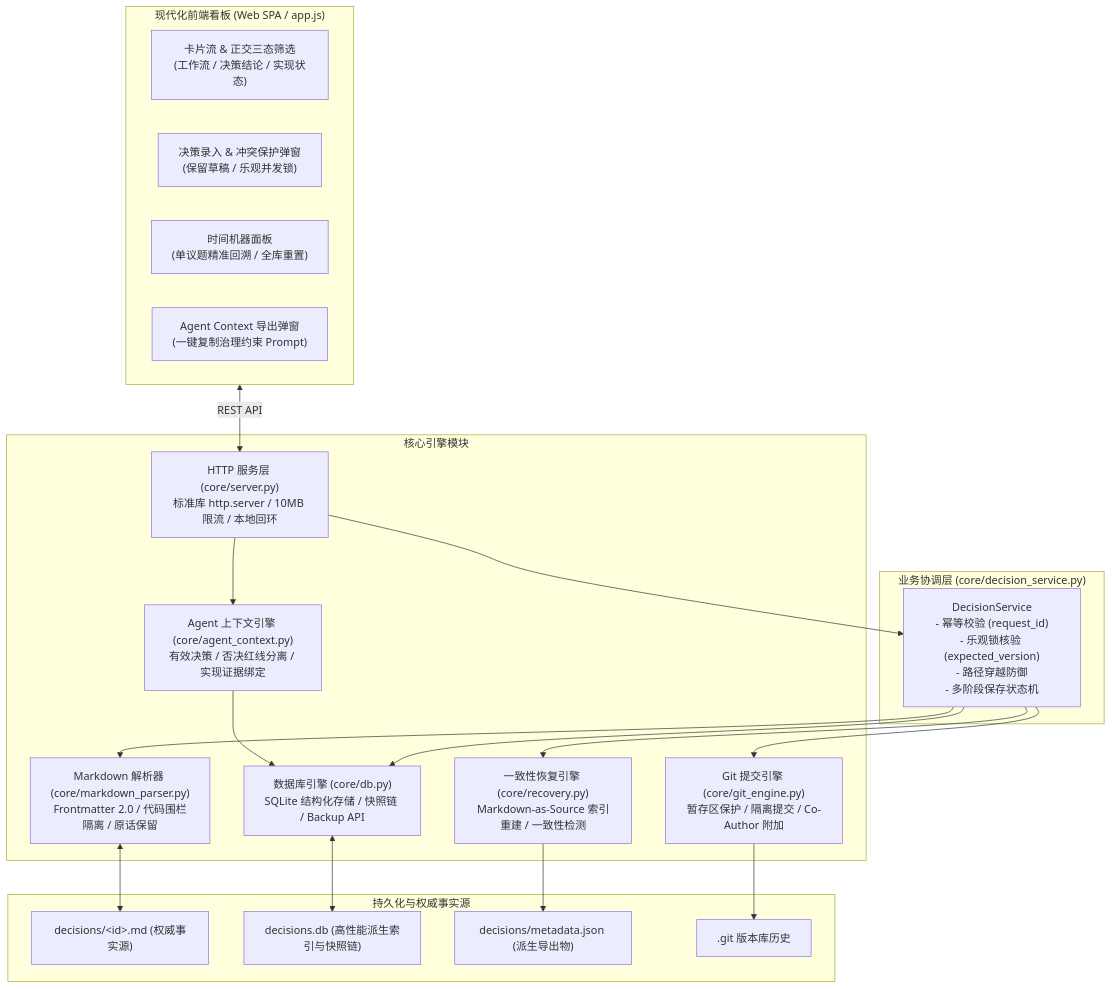
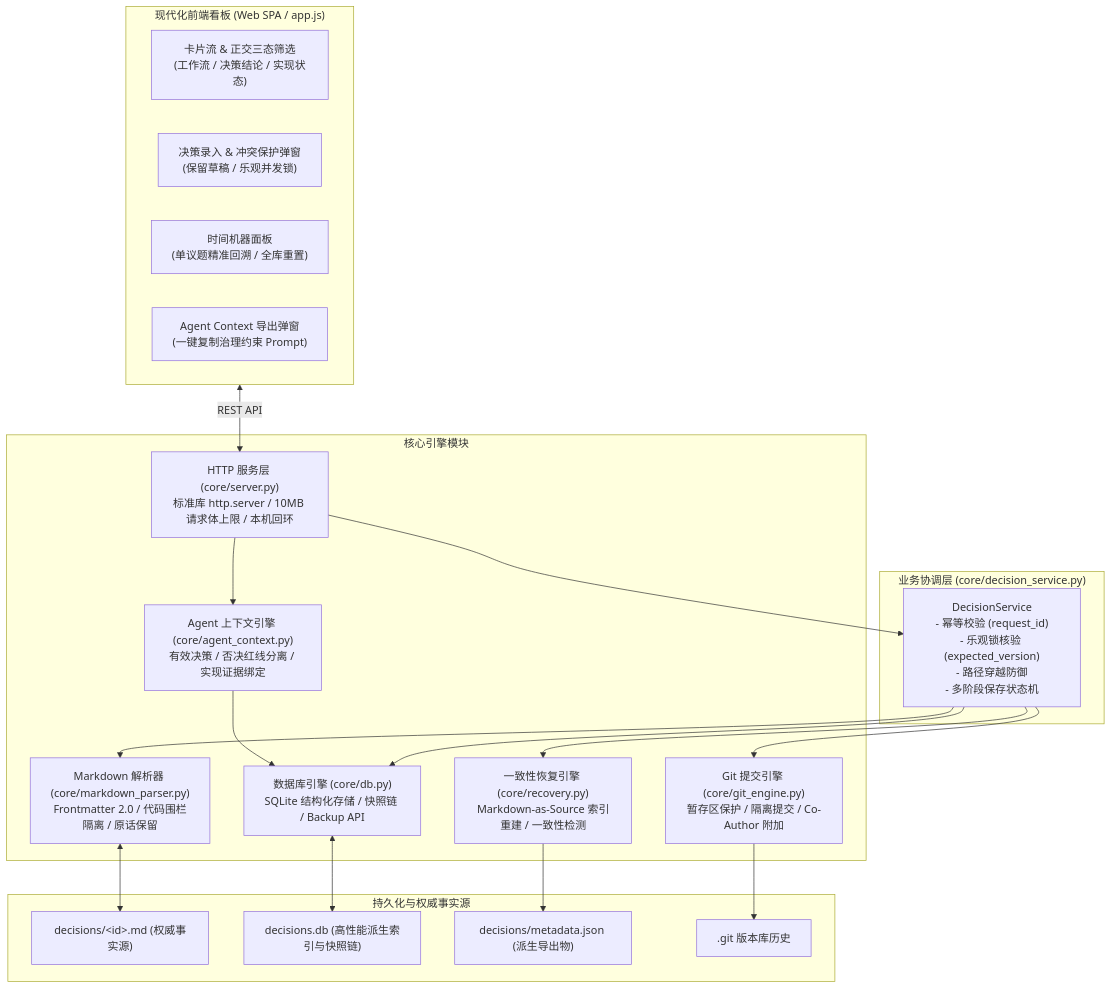
The diagram in README.md (CyberNova2333/agent-decisions-dashboard), drawn with Mermaid before and after one commit. The commit also changed other lines of this file and 25 other files, not shown here.

````diff
--- a/README.md
+++ b/README.md
@@ -21,43 +37,43 @@
 ```mermaid
 flowchart TD
     subgraph UI["现代化前端看板 (Web SPA / app.js)"]
         CARD["卡片流 &amp; 正交三态筛选<br/>(工作流 / 决策结论 / 实现状态)"]
         MODAL["决策录入 &amp; 冲突保护弹窗<br/>(保留草稿 / 乐观并发锁)"]
         DRAWER["时间机器面板<br/>(单议题精准回溯 / 全库重置)"]
         PROMPT["Agent Context 导出弹窗<br/>(一键复制治理约束 Prompt)"]
     end
 
     subgraph Service["业务协调层 (core/decision_service.py)"]
         SVC["DecisionService<br/>- 幂等校验 (request_id)<br/>- 乐观锁核验 (expected_version)<br/>- 路径穿越防御<br/>- 多阶段保存状态机"]
     end
 
     subgraph CoreModules["核心引擎模块"]
-        SERVER["HTTP 服务层 (core/server.py)<br/>标准库 http.server / 10MB 限流 / 本地回环"]
+        SERVER["HTTP 服务层 (core/server.py)<br/>标准库 http.server / 10MB 请求体上限 / 本机回环"]
         PARSER["Markdown 解析器 (core/markdown_parser.py)<br/>Frontmatter 2.0 / 代码围栏隔离 / 原话保留"]
         DB["数据库引擎 (core/db.py)<br/>SQLite 结构化存储 / 快照链 / Backup API"]
         GIT["Git 提交引擎 (core/git_engine.py)<br/>暂存区保护 / 隔离提交 / Co-Author 附加"]
         RECOVERY["一致性恢复引擎 (core/recovery.py)<br/>Markdown-as-Source 索引重建 / 一致性检测"]
         AGENT_CTX["Agent 上下文引擎 (core/agent_context.py)<br/>有效决策 / 否决红线分离 / 实现证据绑定"]
     end
 
     subgraph Storage["持久化与权威事实源"]
         MD_FILES["decisions/&lt;id&gt;.md (权威事实源)"]
         SQLITE_DB["decisions.db (高性能派生索引与快照链)"]
         META_JSON["decisions/metadata.json (派生导出物)"]
         GIT_REPO[".git 版本库历史"]
     end
 
     UI <-->|REST API| SERVER
     SERVER --> SVC
     SVC --> PARSER
     SVC --> DB
     SVC --> GIT
     SVC --> RECOVERY
     SERVER --> AGENT_CTX
     AGENT_CTX --> DB
 
     PARSER <--> MD_FILES
     DB <--> SQLITE_DB
     RECOVERY --> META_JSON
     GIT --> GIT_REPO
 ```
````
